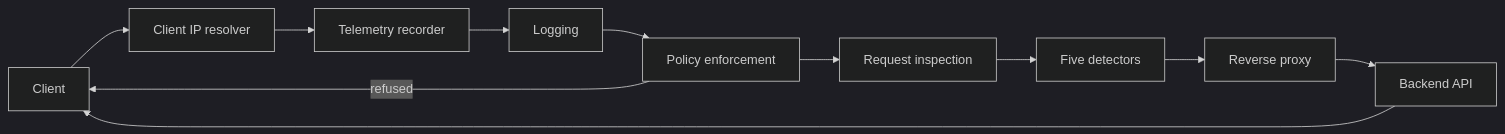
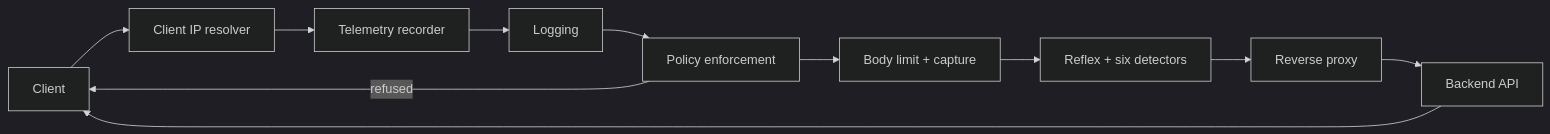
The first of 2 diagrams in gateway/docs/index.md (Adnan-Safdari/Intelligent_API_Security_Gateway), drawn with Mermaid (dark theme) before and after one commit. The commit also changed other lines of this file and 29 other files, not shown here.

````diff
--- a/gateway/docs/index.md
+++ b/gateway/docs/index.md
@@ -70,13 +71,13 @@
 ```mermaid
 flowchart LR
     Client[Client] --> Resolver[Client IP resolver]
     Resolver --> Telemetry[Telemetry recorder]
     Telemetry --> Logging[Logging]
     Logging --> Policy[Policy enforcement]
     Policy -->|refused| Client
-    Policy --> Inspect[Request inspection]
-    Inspect --> Detectors[Five detectors]
+    Policy --> BodyLimit[Body limit + capture]
+    BodyLimit --> Detectors[Reflex + six detectors]
     Detectors --> Proxy[Reverse proxy]
     Proxy --> Backend[Backend API]
     Backend --> Client
 ```
````
